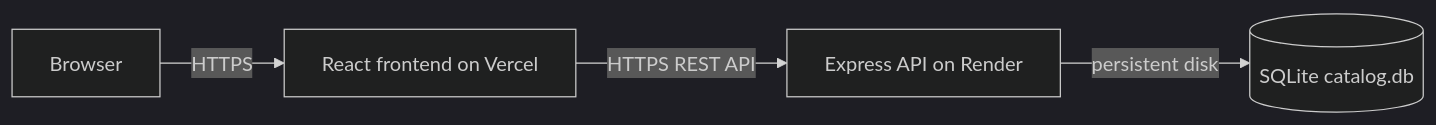
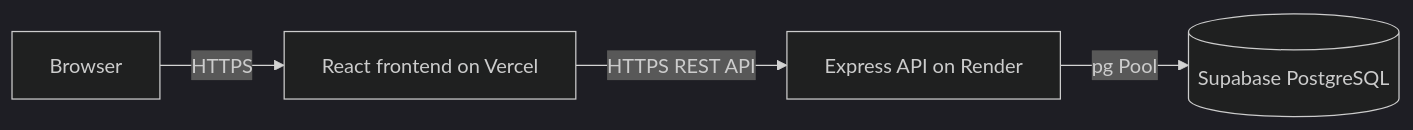
The diagram in docs/deployment.md (Chinthasaiganesh/Vaishnavi-Silk-Emporium), drawn with Mermaid (dark theme) before and after one commit. The commit also changed other lines of this file and 39 other files, not shown here.

````diff
--- a/docs/deployment.md
+++ b/docs/deployment.md
@@ -5,6 +5,6 @@
 ```mermaid
 flowchart LR
   Browser -->|HTTPS| Vercel[React frontend on Vercel]
   Vercel -->|HTTPS REST API| Render[Express API on Render]
-  Render -->|persistent disk| SQLite[(SQLite catalog.db)]
+  Render -->|pg Pool| Supabase[(Supabase PostgreSQL)]
 ```
````
